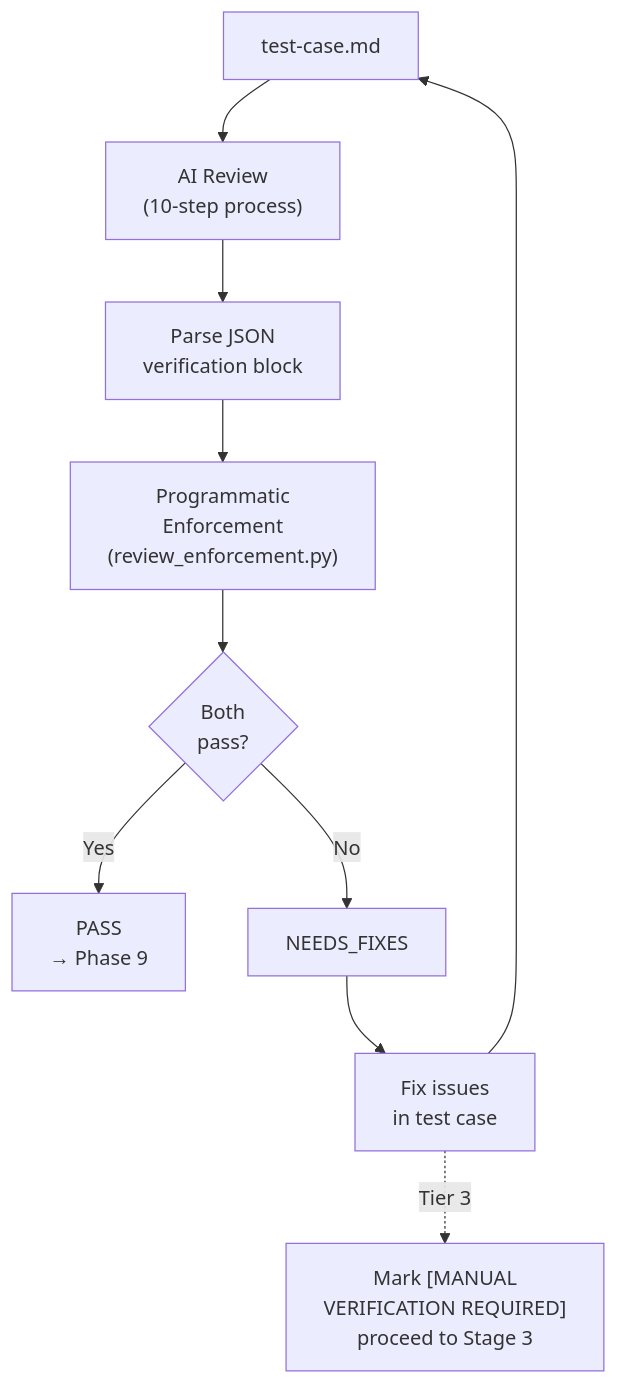
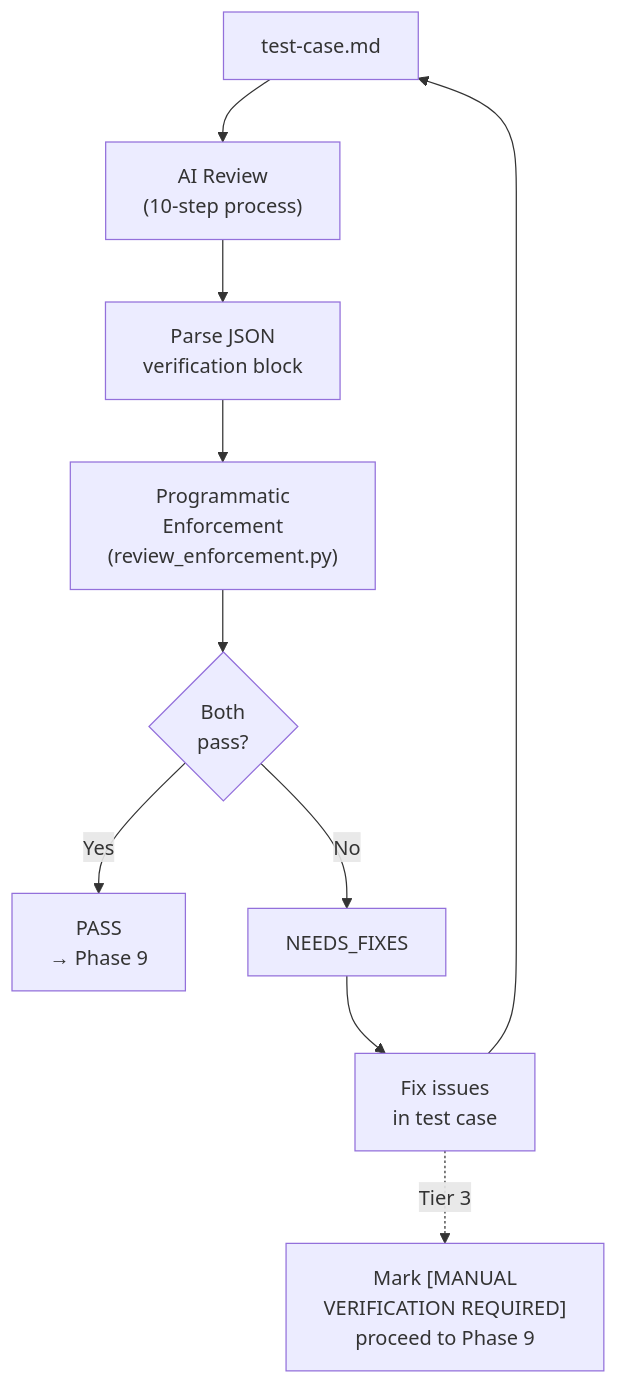
Before and after one commit to stolostron/acm-ai-qe: the seventh of 7 diagrams in docs/test-case-generator/07-SKILL-ARCHITECTURE.md, drawn with Mermaid. The commit also changed other lines of this file and 7 other files, not shown here.

````diff
--- a/docs/test-case-generator/07-SKILL-ARCHITECTURE.md
+++ b/docs/test-case-generator/07-SKILL-ARCHITECTURE.md
@@ -664,14 +648,14 @@
 ```mermaid
 flowchart TD
     TC[test-case.md] --> AIR["AI Review\n(10-step process)"]
     AIR --> JSON["Parse JSON\nverification block"]
     JSON --> PE["Programmatic\nEnforcement\n(review_enforcement.py)"]
     PE --> CHECK{Both\npass?}
 
     CHECK -->|Yes| PASS["PASS\n→ Phase 9"]
     CHECK -->|No| FIXES["NEEDS_FIXES"]
     FIXES --> FIX["Fix issues\nin test case"]
     FIX --> TC
 
-    FIX -.Tier 3.-> ABORT["Mark [MANUAL\nVERIFICATION REQUIRED]\nproceed to Stage 3"]
+    FIX -.Tier 3.-> ABORT["Mark [MANUAL\nVERIFICATION REQUIRED]\nproceed to Phase 9"]
 ```
````
